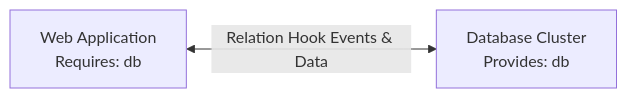
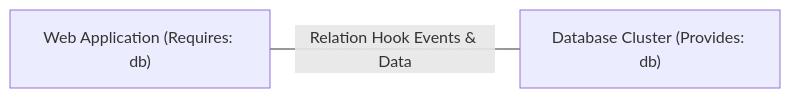
Before and after one commit to panasheMuriro/learning-platform: the diagram in content/courses/juju/module-03/notes/01-understanding-relations.md, drawn with Mermaid. The commit also changed 5 other files, not shown here.

First line of the commit message:
fix(frontend): fix Mermaid syntax errors and suppress unhandled body errors

````diff
--- a/content/courses/juju/module-03/notes/01-understanding-relations.md
+++ b/content/courses/juju/module-03/notes/01-understanding-relations.md
@@ -21,4 +21,4 @@
 ```mermaid
 graph LR
-    App[Web Application<br/>Requires: db] <-->|Relation Hook Events & Data| DB[Database Cluster<br/>Provides: db]
+    App["Web Application (Requires: db)"] ---|Relation Hook Events & Data| DB["Database Cluster (Provides: db)"]
 ```
````
